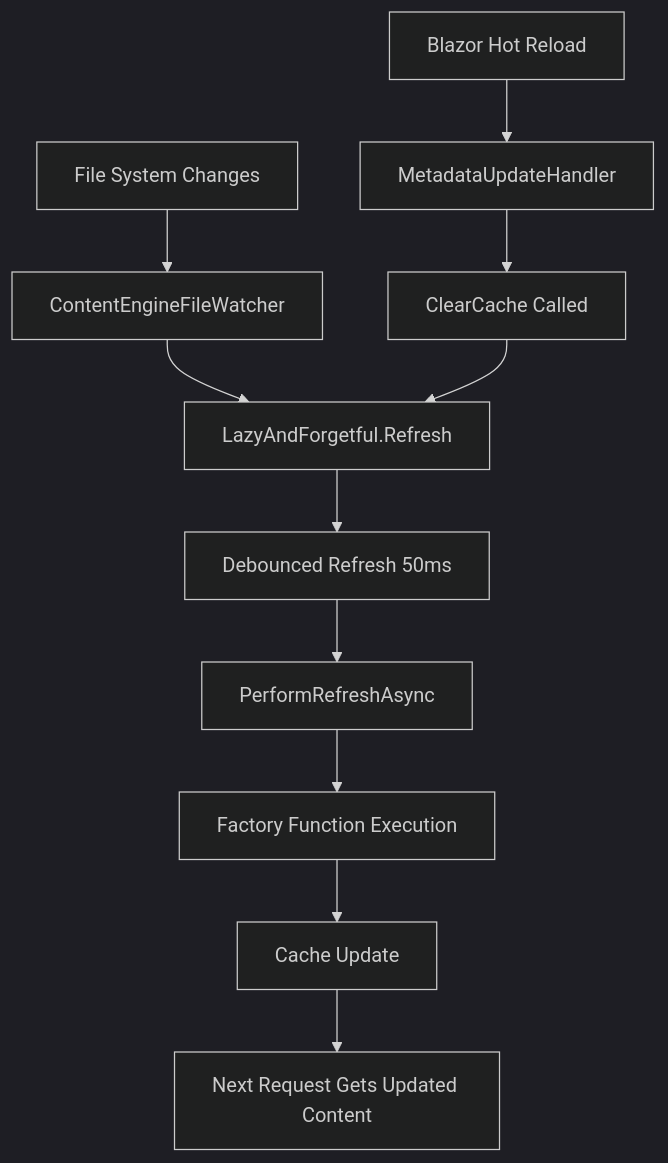
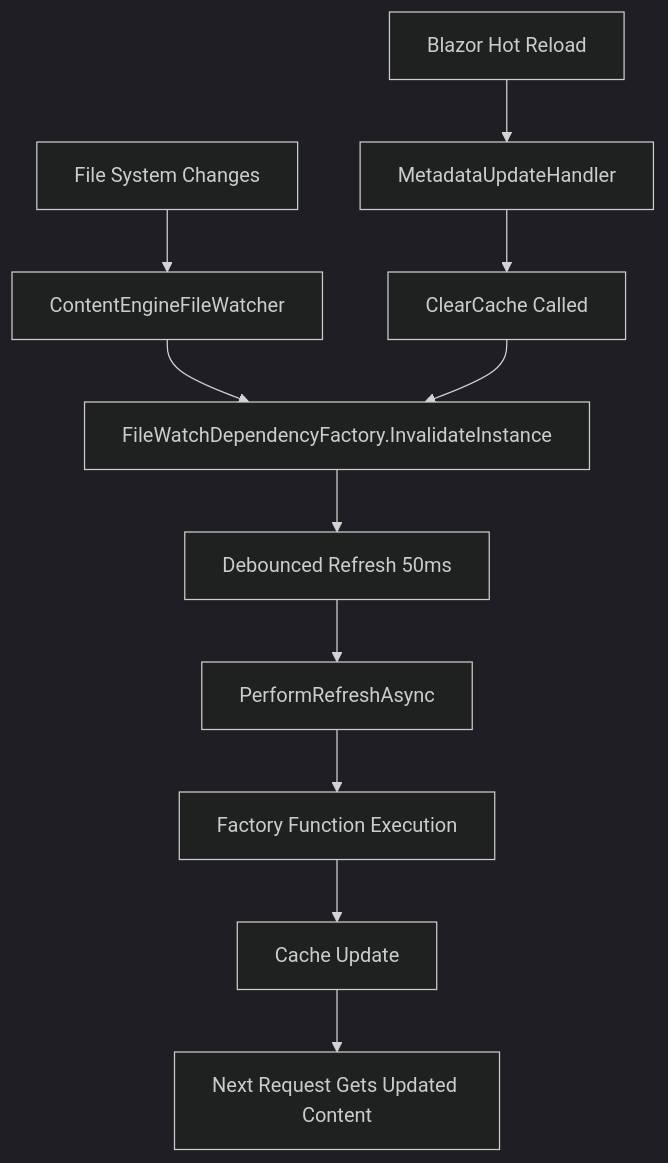
The diagram in docs/MyLittleContentEngine.Docs/Content/under-the-hood/hot-reload-architecture.md (phil-scott-78/MyLittleContentEngine), drawn with Mermaid (dark theme) before and after one commit. The commit also changed other lines of this file and 14 other files, not shown here.

First line of the commit message:
refactor: replace `LazyAndForgetful` with `AsyncLazy`

````diff
--- a/docs/MyLittleContentEngine.Docs/Content/under-the-hood/hot-reload-architecture.md
+++ b/docs/MyLittleContentEngine.Docs/Content/under-the-hood/hot-reload-architecture.md
@@ -30,14 +30,14 @@
 ```mermaid
 graph TB
     A[File System Changes] --> B[ContentEngineFileWatcher]
-    B --> C[LazyAndForgetful.Refresh]
+    B --> C[FileWatchDependencyFactory.InvalidateInstance]
     C --> D[Debounced Refresh 50ms]
     D --> E[PerformRefreshAsync]
     E --> F[Factory Function Execution]
     F --> G[Cache Update]
     G --> H[Next Request Gets Updated Content]
     
     I[Blazor Hot Reload] --> J[MetadataUpdateHandler]
     J --> K[ClearCache Called]
     K --> C
 ```
````
